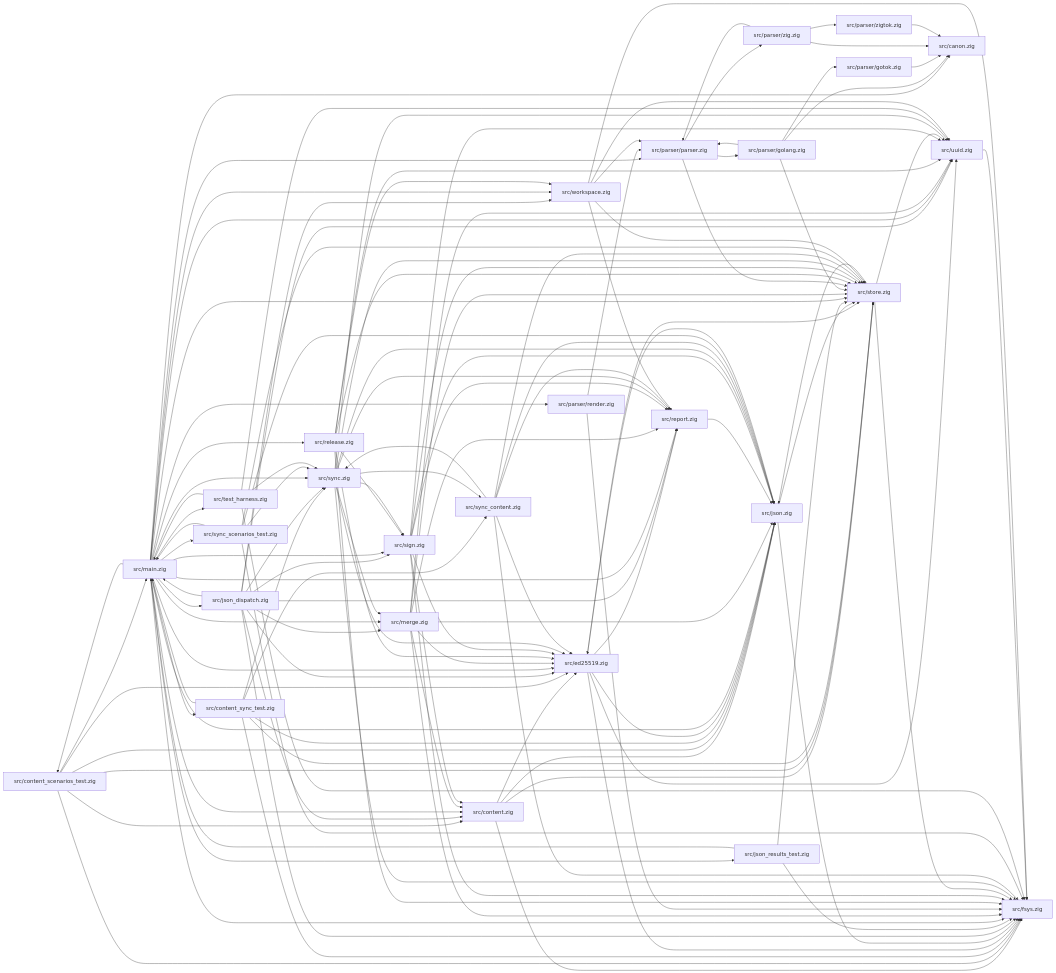
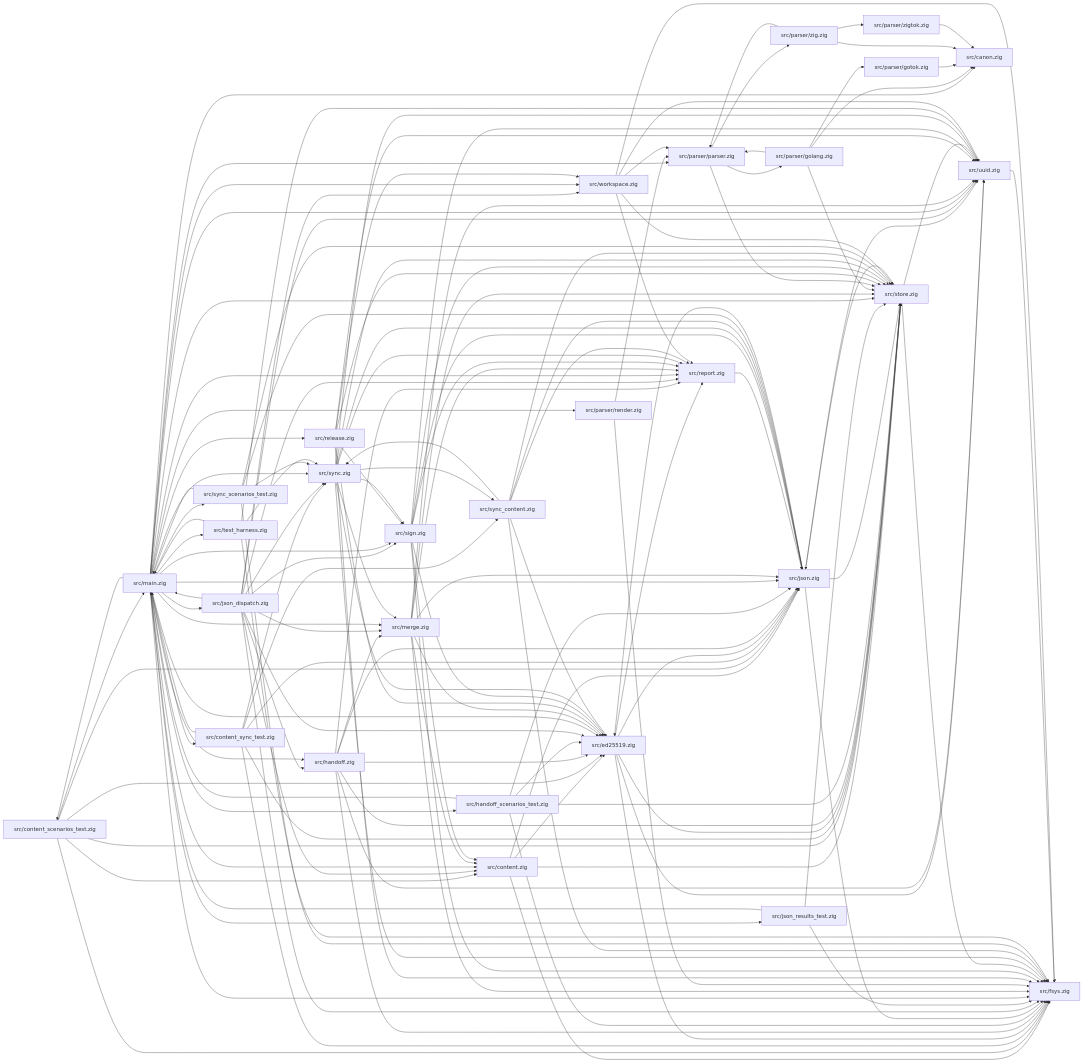
Before and after one commit to drawmeanelephant/flint-client: the diagram in docs/module-map.md, drawn with Mermaid. The commit also changed 24 other files, not shown here.

```diff
--- a/docs/module-map.md
+++ b/docs/module-map.md
@@ -27,12 +27,26 @@
   src_ed25519_zig["src/ed25519.zig"] --> src_report_zig["src/report.zig"]
   src_ed25519_zig["src/ed25519.zig"] --> src_store_zig["src/store.zig"]
   src_ed25519_zig["src/ed25519.zig"] --> src_uuid_zig["src/uuid.zig"]
+  src_handoff_zig["src/handoff.zig"] --> src_ed25519_zig["src/ed25519.zig"]
+  src_handoff_zig["src/handoff.zig"] --> src_fsys_zig["src/fsys.zig"]
+  src_handoff_zig["src/handoff.zig"] --> src_json_zig["src/json.zig"]
+  src_handoff_zig["src/handoff.zig"] --> src_merge_zig["src/merge.zig"]
+  src_handoff_zig["src/handoff.zig"] --> src_report_zig["src/report.zig"]
+  src_handoff_zig["src/handoff.zig"] --> src_store_zig["src/store.zig"]
+  src_handoff_zig["src/handoff.zig"] --> src_uuid_zig["src/uuid.zig"]
+  src_handoff_scenarios_test_zig["src/handoff_scenarios_test.zig"] --> src_ed25519_zig["src/ed25519.zig"]
+  src_handoff_scenarios_test_zig["src/handoff_scenarios_test.zig"] --> src_fsys_zig["src/fsys.zig"]
+  src_handoff_scenarios_test_zig["src/handoff_scenarios_test.zig"] --> src_json_zig["src/json.zig"]
+  src_handoff_scenarios_test_zig["src/handoff_scenarios_test.zig"] --> src_main_zig["src/main.zig"]
+  src_handoff_scenarios_test_zig["src/handoff_scenarios_test.zig"] --> src_store_zig["src/store.zig"]
   src_json_zig["src/json.zig"] --> src_ed25519_zig["src/ed25519.zig"]
   src_json_zig["src/json.zig"] --> src_fsys_zig["src/fsys.zig"]
   src_json_zig["src/json.zig"] --> src_store_zig["src/store.zig"]
+  src_json_zig["src/json.zig"] --> src_uuid_zig["src/uuid.zig"]
   src_json_dispatch_zig["src/json_dispatch.zig"] --> src_content_zig["src/content.zig"]
   src_json_dispatch_zig["src/json_dispatch.zig"] --> src_ed25519_zig["src/ed25519.zig"]
   src_json_dispatch_zig["src/json_dispatch.zig"] --> src_fsys_zig["src/fsys.zig"]
+  src_json_dispatch_zig["src/json_dispatch.zig"] --> src_handoff_zig["src/handoff.zig"]
   src_json_dispatch_zig["src/json_dispatch.zig"] --> src_main_zig["src/main.zig"]
   src_json_dispatch_zig["src/json_dispatch.zig"] --> src_merge_zig["src/merge.zig"]
   src_json_dispatch_zig["src/json_dispatch.zig"] --> src_report_zig["src/report.zig"]
@@ -49,6 +63,8 @@
   src_main_zig["src/main.zig"] --> src_content_sync_test_zig["src/content_sync_test.zig"]
   src_main_zig["src/main.zig"] --> src_ed25519_zig["src/ed25519.zig"]
   src_main_zig["src/main.zig"] --> src_fsys_zig["src/fsys.zig"]
+  src_main_zig["src/main.zig"] --> src_handoff_zig["src/handoff.zig"]
+  src_main_zig["src/main.zig"] --> src_handoff_scenarios_test_zig["src/handoff_scenarios_test.zig"]
   src_main_zig["src/main.zig"] --> src_json_zig["src/json.zig"]
   src_main_zig["src/main.zig"] --> src_json_dispatch_zig["src/json_dispatch.zig"]
   src_main_zig["src/main.zig"] --> src_json_results_test_zig["src/json_results_test.zig"]
```
